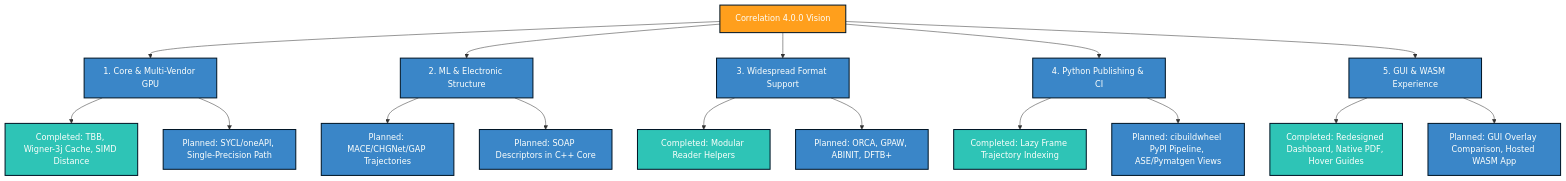
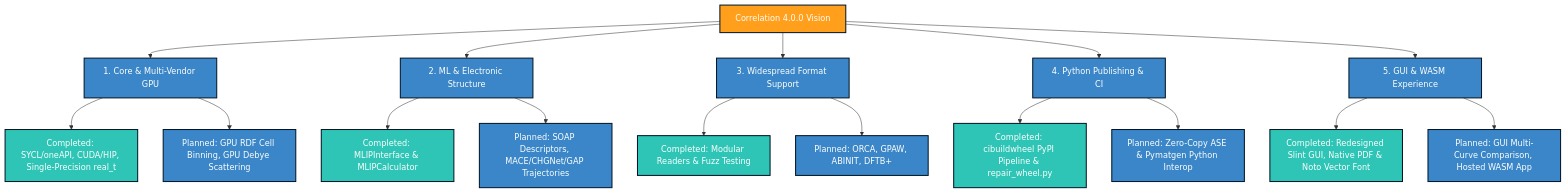
Before and after one commit to Isurwars/Correlation: the diagram in docs/RoadMap.md, drawn with Mermaid. The commit also changed other lines of this file, not shown here.

Commit message:
docs: update roadmap to include v3.6.x–v3.7.0 milestones and revised architecture plans

````diff
--- a/docs/RoadMap.md
+++ b/docs/RoadMap.md
@@ -10,27 +10,27 @@
 ```mermaid
 graph TD
     classDef completed fill:#2ec4b6,stroke:#011627,stroke-width:2px,color:#fdfffc;
     classDef planned fill:#3a86c8,stroke:#011627,stroke-width:2px,color:#fdfffc;
     classDef core fill:#ff9f1c,stroke:#011627,stroke-width:2px,color:#fdfffc;
 
     A["Correlation 4.0.0 Vision"]:::core --> B["1. Core & Multi-Vendor GPU"]:::planned
     A --> C["2. ML & Electronic Structure"]:::planned
     A --> D["3. Widespread Format Support"]:::planned
     A --> E["4. Python Publishing & CI"]:::planned
     A --> F["5. GUI & WASM Experience"]:::planned
 
-    B --> B1["Completed: TBB, Wigner-3j Cache, SIMD Distance"]:::completed
-    B --> B2["Planned: SYCL/oneAPI, Single-Precision Path"]:::planned
+    B --> B1["Completed: SYCL/oneAPI, CUDA/HIP, Single-Precision real_t"]:::completed
+    B --> B2["Planned: GPU RDF Cell Binning, GPU Debye Scattering"]:::planned
     
-    C --> C1["Planned: MACE/CHGNet/GAP Trajectories"]:::planned
-    C --> C2["Planned: SOAP Descriptors in C++ Core"]:::planned
+    C --> C1["Completed: MLIPInterface & MLIPCalculator"]:::completed
+    C --> C2["Planned: SOAP Descriptors, MACE/CHGNet/GAP Trajectories"]:::planned
     
-    D --> D1["Completed: Modular Reader Helpers"]:::completed
+    D --> D1["Completed: Modular Readers & Fuzz Testing"]:::completed
     D --> D2["Planned: ORCA, GPAW, ABINIT, DFTB+"]:::planned
 
-    E --> E1["Completed: Lazy Frame Trajectory Indexing"]:::completed
-    E --> E2["Planned: cibuildwheel PyPI Pipeline, ASE/Pymatgen Views"]:::planned
+    E --> E1["Completed: cibuildwheel PyPI Pipeline & repair_wheel.py"]:::completed
+    E --> E2["Planned: Zero-Copy ASE & Pymatgen Python Interop"]:::planned
 
-    F --> F1["Completed: Redesigned Dashboard, Native PDF, Hover Guides"]:::completed
-    F --> F2["Planned: GUI Overlay Comparison, Hosted WASM App"]:::planned
+    F --> F1["Completed: Redesigned Slint GUI, Native PDF & Noto Vector Font"]:::completed
+    F --> F2["Planned: GUI Multi-Curve Comparison, Hosted WASM App"]:::planned
 ```
````
